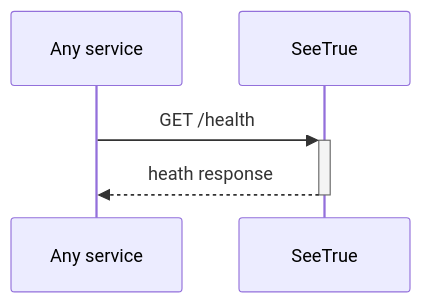
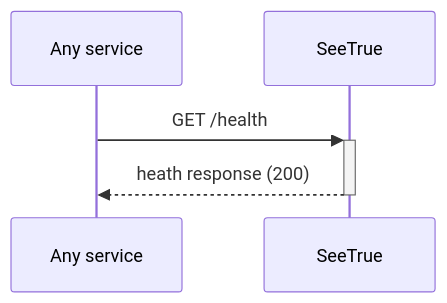
The first of 10 diagrams in SeeTrue.API/docs/readme.template.md (TheOnlyBeardedBeast/SeeTrue), drawn with Mermaid before and after one commit. The commit also changed other lines of this file and 11 other files, not shown here.

````diff
--- a/SeeTrue.API/docs/readme.template.md
+++ b/SeeTrue.API/docs/readme.template.md
@@ -6,5 +6,5 @@
 ```mermaid
 sequenceDiagram
     Any service->>+SeeTrue: GET /health
-    SeeTrue-->>-Any service: heath response
+    SeeTrue-->>-Any service: heath response (200)
 ```
````
